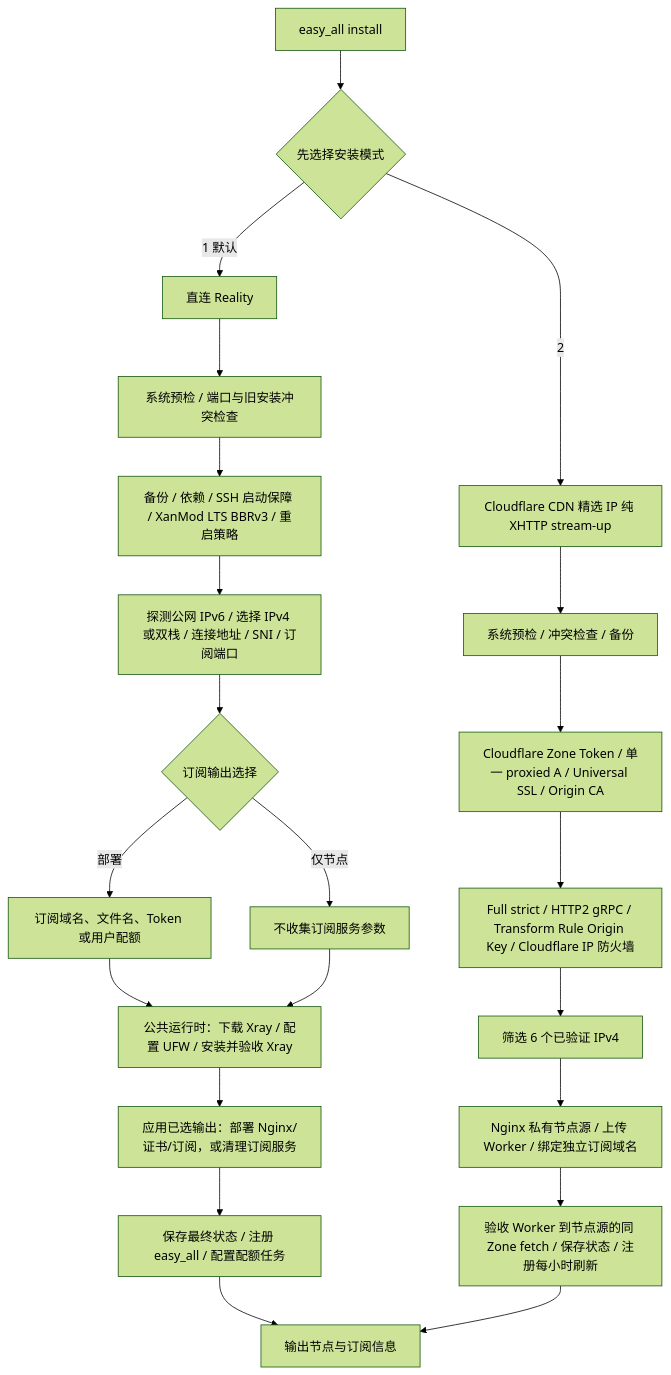
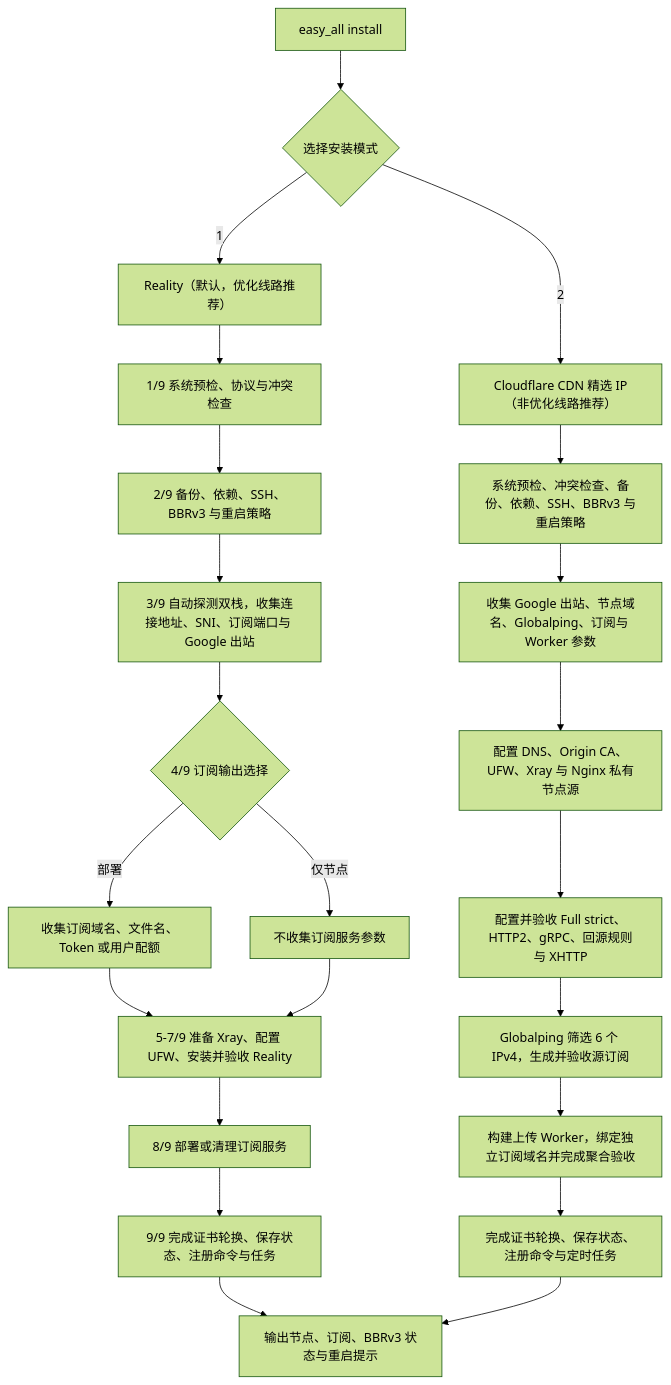
Before and after one commit to v2yiz/easy_all: the diagram in README.md, drawn with Mermaid (forest theme). The commit also changed 1 other file, not shown here.

Commit message:
docs: fix and align installation diagram

````diff
--- a/README.md
+++ b/README.md
@@ -268,26 +268,27 @@
 ```mermaid
-flowchart TD
-    A[easy_all install] --> B{先选择安装模式}
+graph TD
+    A["easy_all install"] --> B{"选择安装模式"}
 
-    B -->|1 默认| R0[直连 Reality]
-    R0 --> R1[系统预检 / 端口与旧安装冲突检查]
-    R1 --> R2[备份 / 依赖 / SSH 启动保障 / XanMod LTS BBRv3 / 重启策略]
-    R2 --> R3[探测公网 IPv6 / 选择 IPv4 或双栈 / 连接地址 / SNI / 订阅端口]
-    R3 --> R4{订阅输出选择}
-    R4 -->|部署| R5[订阅域名、文件名、Token 或用户配额]
-    R4 -->|仅节点| R6[不收集订阅服务参数]
-    R5 --> R7[公共运行时：下载 Xray / 配置 UFW / 安装并验收 Xray]
+    B -->|1| R0["Reality（默认，优化线路推荐）"]
+    R0 --> R1["1/9 系统预检、协议与冲突检查"]
+    R1 --> R2["2/9 备份、依赖、SSH、BBRv3 与重启策略"]
+    R2 --> R3["3/9 自动探测双栈，收集连接地址、SNI、订阅端口与 Google 出站"]
+    R3 --> R4{"4/9 订阅输出选择"}
+    R4 -->|部署| R5["收集订阅域名、文件名、Token 或用户配额"]
+    R4 -->|仅节点| R6["不收集订阅服务参数"]
+    R5 --> R7["5-7/9 准备 Xray、配置 UFW、安装并验收 Reality"]
     R6 --> R7
-    R7 --> R8[应用已选输出：部署 Nginx/证书/订阅，或清理订阅服务]
-    R8 --> R9[保存最终状态 / 注册 easy_all / 配置配额任务]
-    R9 --> Z[输出节点与订阅信息]
+    R7 --> R8["8/9 部署或清理订阅服务"]
+    R8 --> R9["9/9 完成证书轮换、保存状态、注册命令与任务"]
+    R9 --> Z["输出节点、订阅、BBRv3 状态与重启提示"]
 
-    B -->|2| C0[Cloudflare CDN 精选 IP 纯 XHTTP stream-up]
-    C0 --> C1[系统预检 / 冲突检查 / 备份]
-    C1 --> C2[Cloudflare Zone Token / 单一 proxied A / Universal SSL / Origin CA]
-    C2 --> C3[Full strict / HTTP2 gRPC / Transform Rule Origin Key / Cloudflare IP 防火墙]
-    C3 --> C4[筛选 6 个已验证 IPv4]
-    C4 --> C5[Nginx 私有节点源 / 上传 Worker / 绑定独立订阅域名]
-    C5 --> C6[验收 Worker 到节点源的同 Zone fetch / 保存状态 / 注册每小时刷新]
-    C6 --> Z
+    B -->|2| C0["Cloudflare CDN 精选 IP（非优化线路推荐）"]
+    C0 --> C1["系统预检、冲突检查、备份、依赖、SSH、BBRv3 与重启策略"]
+    C1 --> C2["收集 Google 出站、节点域名、Globalping、订阅与 Worker 参数"]
+    C2 --> C3["配置 DNS、Origin CA、UFW、Xray 与 Nginx 私有节点源"]
+    C3 --> C4["配置并验收 Full strict、HTTP2、gRPC、回源规则与 XHTTP"]
+    C4 --> C5["Globalping 筛选 6 个 IPv4，生成并验收源订阅"]
+    C5 --> C6["构建上传 Worker，绑定独立订阅域名并完成聚合验收"]
+    C6 --> C7["完成证书轮换、保存状态、注册命令与定时任务"]
+    C7 --> Z
 ```
````
